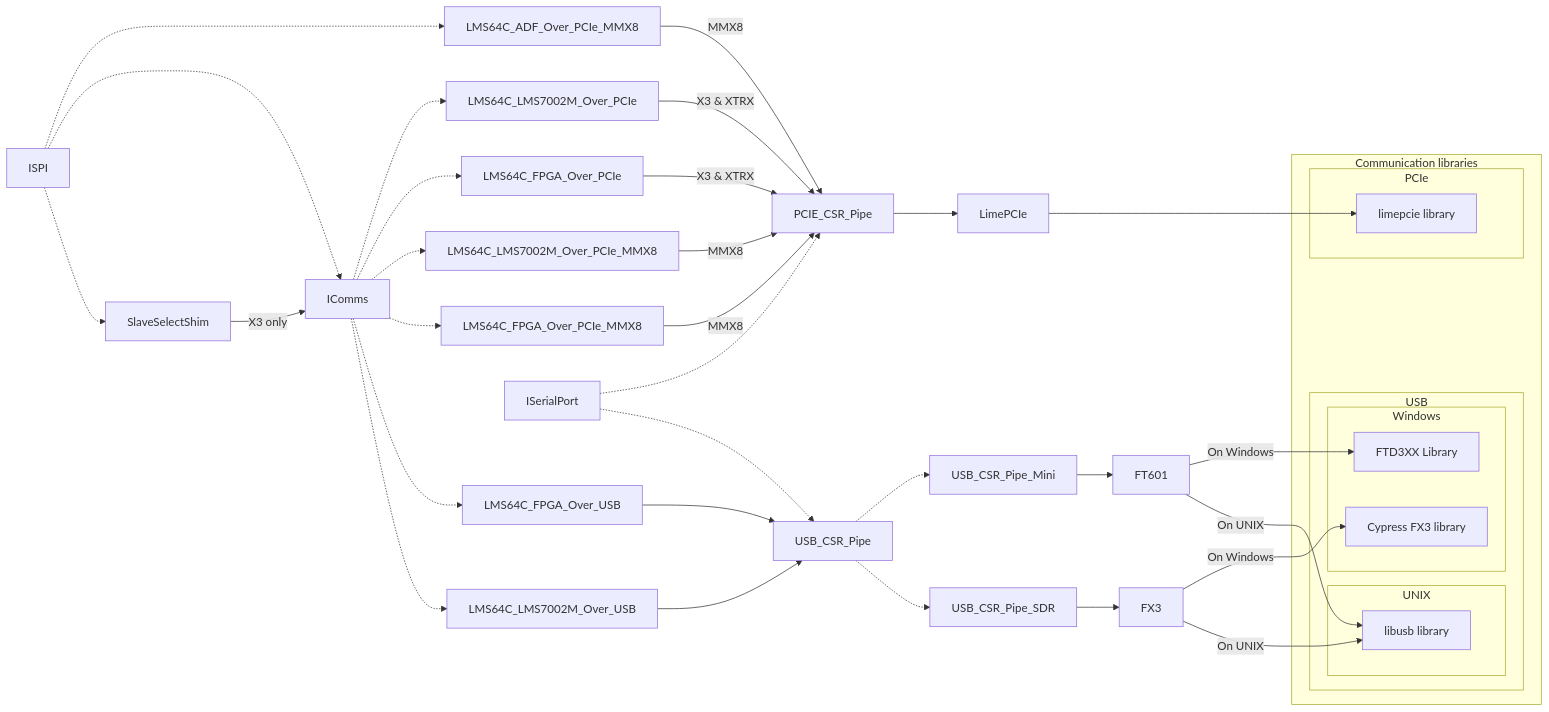
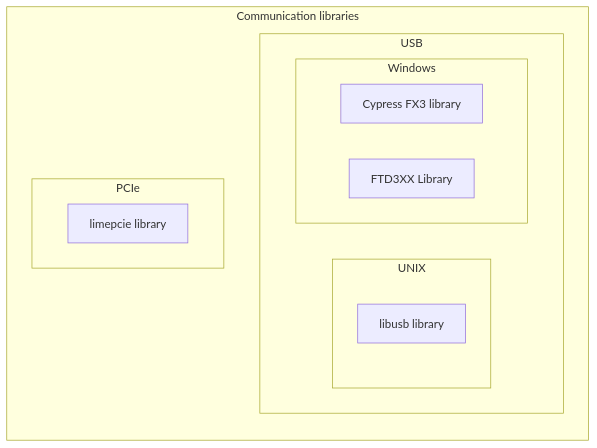
One commit to myriadrf/LimeSuiteNG changed the diagram in docs/developer/Introduction/comms.mmd. Above: the diagram before and after it, drawn with Mermaid.

Commit message:
DOCS: removed all communication flowchart connections.

```diff
--- a/docs/developer/Introduction/comms.mmd
+++ b/docs/developer/Introduction/comms.mmd
@@ -1,40 +1,15 @@
 flowchart LR
     subgraph Communication libraries
         subgraph USB
             subgraph UNIX
                 libusb["libusb library"]
             end
             subgraph Windows
                 Cypress["Cypress FX3 library"]
                 FTD3XX["FTD3XX Library"]
             end
         end
         subgraph PCIe
             limepcie["limepcie library"]
         end
     end
-
-    %% PCIe
-    ISPI-.->LMS64C_ADF_Over_PCIe_MMX8 & IComms & SlaveSelectShim
-    IComms-.->LMS64C_LMS7002M_Over_PCIe & LMS64C_FPGA_Over_PCIe & LMS64C_LMS7002M_Over_PCIe_MMX8 & LMS64C_FPGA_Over_PCIe_MMX8
-
-    SlaveSelectShim-->|X3 only|IComms
-
-    LMS64C_LMS7002M_Over_PCIe & LMS64C_FPGA_Over_PCIe-->|X3 & XTRX|PCIE_CSR_Pipe
-    LMS64C_LMS7002M_Over_PCIe_MMX8 & LMS64C_ADF_Over_PCIe_MMX8 & LMS64C_FPGA_Over_PCIe_MMX8-->|MMX8|PCIE_CSR_Pipe
-
-    ISerialPort-.->PCIE_CSR_Pipe
-    PCIE_CSR_Pipe-->LimePCIe-->limepcie
-
-
-    %% USB
-    IComms-.->LMS64C_FPGA_Over_USB & LMS64C_LMS7002M_Over_USB-->USB_CSR_Pipe
-    ISerialPort-.->USB_CSR_Pipe
-
-    USB_CSR_Pipe-.->USB_CSR_Pipe_Mini & USB_CSR_Pipe_SDR
-    USB_CSR_Pipe_SDR-->FX3
-    USB_CSR_Pipe_Mini-->FT601
-
-    FX3-->|On Windows|Cypress
-    FT601-->|On Windows|FTD3XX
-    FX3 & FT601-->|On UNIX|libusb
```
